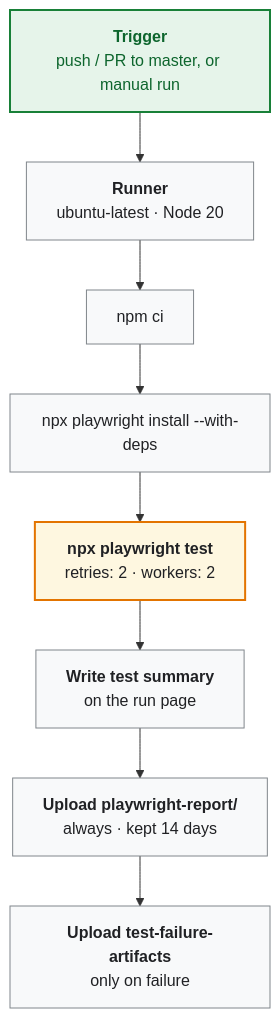
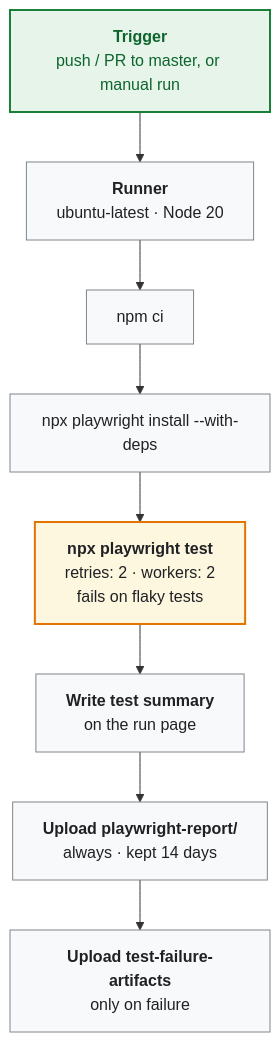
The third of 4 diagrams in README.md (rupeshpjadhav/QA_End2End_UsingPlaywrightAgents), drawn with Mermaid before and after one commit. The commit also changed other lines of this file and 4 other files, not shown here.

First line of the commit message:
Fix product-details race and fail CI on flaky tests

````diff
--- a/README.md
+++ b/README.md
@@ -312,19 +312,19 @@
 ```mermaid
 flowchart TB
     T["<b>Trigger</b><br/>push / PR to master, or manual run"]
     J["<b>Runner</b><br/>ubuntu-latest · Node 20"]
     S1["npm ci"]
     S2["npx playwright install --with-deps"]
-    S3["<b>npx playwright test</b><br/>retries: 2 · workers: 2"]
+    S3["<b>npx playwright test</b><br/>retries: 2 · workers: 2<br/>fails on flaky tests"]
     S4["<b>Write test summary</b><br/>on the run page"]
     S5["<b>Upload playwright-report/</b><br/>always · kept 14 days"]
     S6["<b>Upload test-failure-artifacts</b><br/>only on failure"]
     T --> J --> S1 --> S2 --> S3 --> S4 --> S5 --> S6
 
     classDef trig fill:#E6F4EA,stroke:#188038,stroke-width:2px,color:#0D652D
     classDef step fill:#F8F9FA,stroke:#80868B,color:#202124
     classDef key fill:#FEF7E0,stroke:#E37400,stroke-width:2px,color:#202124
     class T trig
     class J,S1,S2,S4,S5,S6 step
     class S3 key
 ```
````
